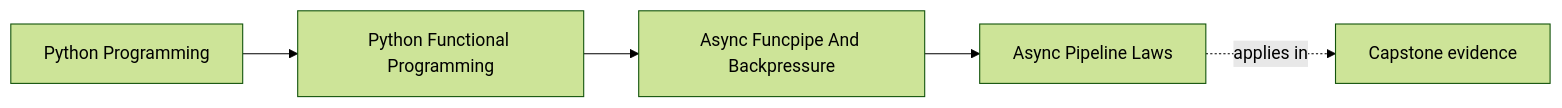
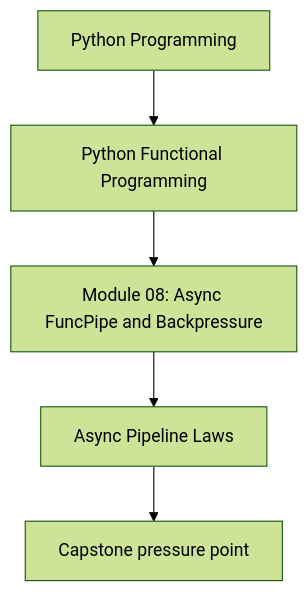
Before and after one commit to bijux/bijux-masterclass: the first of 2 diagrams in programs/python-programming/python-functional-programming/course-book/module-08-async-funcpipe-and-backpressure/async-pipeline-laws.md, drawn with Mermaid (forest theme). The commit also changed other lines of this file and 118 other files, not shown here.

Commit message:
docs(python-functional-programming): align concept page diagrams

````diff
--- a/programs/python-programming/python-functional-programming/course-book/module-08-async-funcpipe-and-backpressure/async-pipeline-laws.md
+++ b/programs/python-programming/python-functional-programming/course-book/module-08-async-funcpipe-and-backpressure/async-pipeline-laws.md
@@ -7,11 +7,7 @@
 ```mermaid
-graph LR
-  family["Python Programming"]
-  program["Python Functional Programming"]
-  section["Async Funcpipe And Backpressure"]
-  page["Async Pipeline Laws"]
-  capstone["Capstone evidence"]
-
-  family --> program --> section --> page
-  page -.applies in.-> capstone
+flowchart TD
+  family["Python Programming"] --> program["Python Functional Programming"]
+  program --> module["Module 08: Async FuncPipe and Backpressure"]
+  module --> concept["Async Pipeline Laws"]
+  concept --> capstone["Capstone pressure point"]
 ```
````
